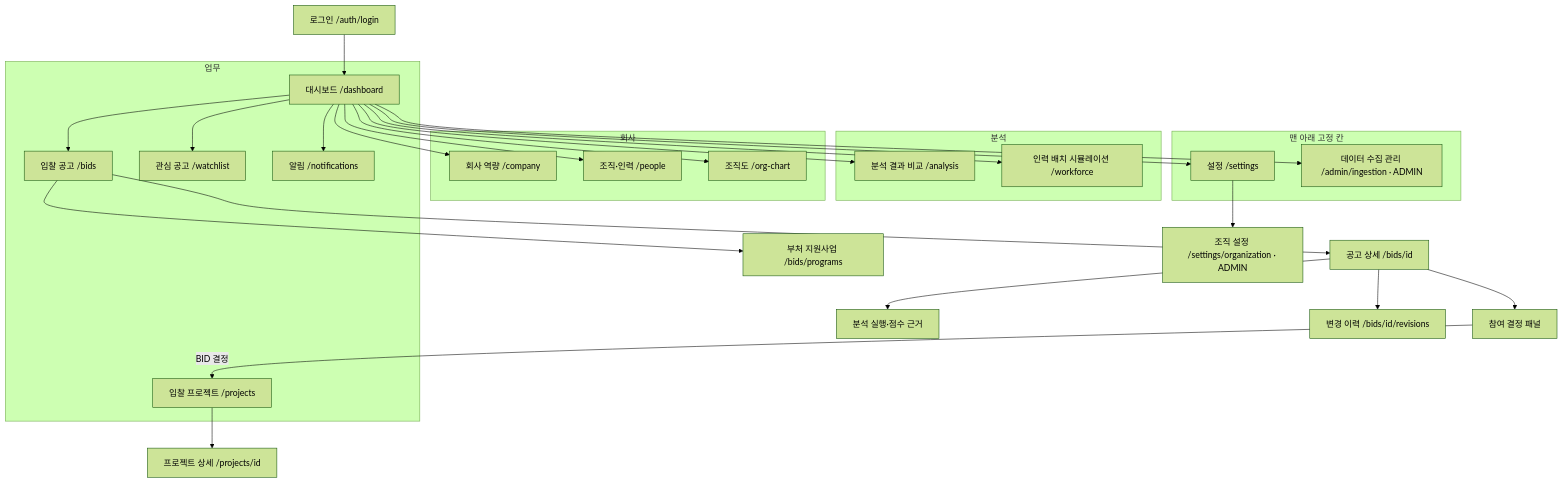
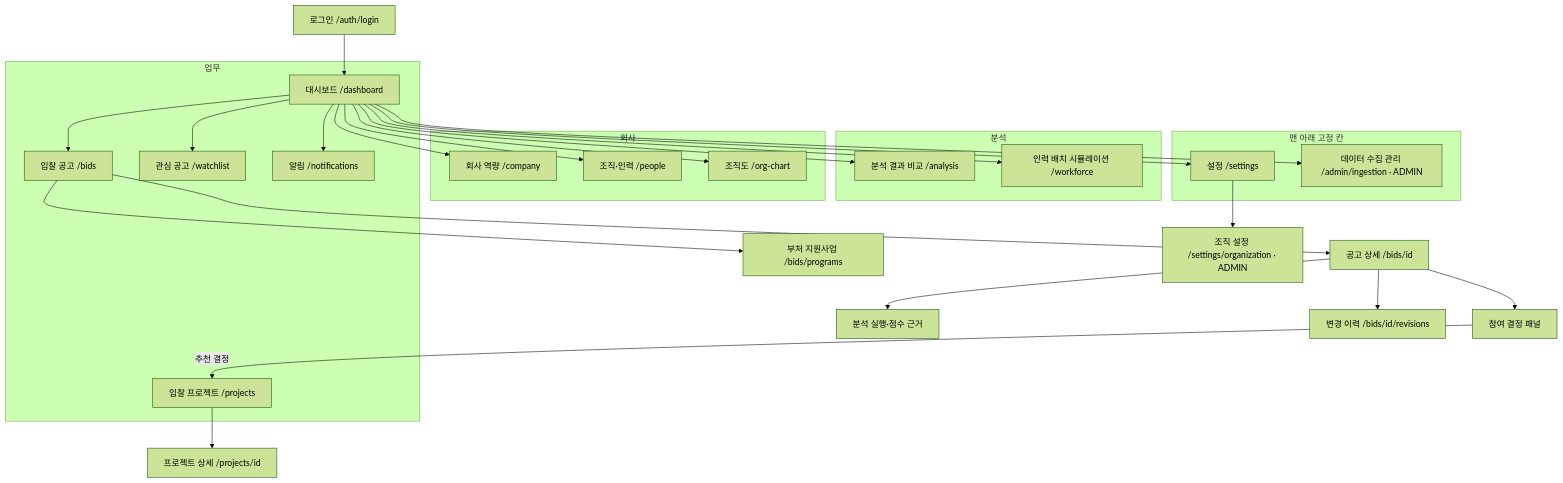
One commit to solideoai/sol-radar changed the diagram in docs/06-UI-UX.md. Above: the diagram before and after it, drawn with Mermaid (forest theme). The commit also changed other lines of this file and 27 other files, not shown here.

````diff
--- a/docs/06-UI-UX.md
+++ b/docs/06-UI-UX.md
@@ -27,42 +27,42 @@
 ```mermaid
 flowchart TD
  L[로그인 /auth/login] --> D
  subgraph 업무
   D[대시보드 /dashboard]
   B[입찰 공고 /bids]
   W[관심 공고 /watchlist]
   P[입찰 프로젝트 /projects]
   N[알림 /notifications]
  end
  subgraph 분석[분석]
   AN[분석 결과 비교 /analysis]
   WF[인력 배치 시뮬레이션 /workforce]
  end
  subgraph 회사
   C[회사 역량 /company]
   O[조직·인력 /people]
   OC[조직도 /org-chart]
  end
  subgraph 고정칸[맨 아래 고정 칸]
   ST[설정 /settings]
   M[데이터 수집 관리 /admin/ingestion · ADMIN]
  end
  D --> B
  B --> S[공고 상세 /bids/id]
  S --> A[분석 실행·점수 근거]
  S --> R[참여 결정 패널]
  D --> N
  D --> C
  D --> O
  D --> ST
  D --> M
  D --> OC
  D --> W
  D --> AN
  D --> WF
- R -->|BID 결정| P
+ R -->|추천 결정| P
  B --> PG[부처 지원사업 /bids/programs]
  S --> RV[변경 이력 /bids/id/revisions]
  P --> PD[프로젝트 상세 /projects/id]
  ST --> SO[조직 설정 /settings/organization · ADMIN]
 ```
````
